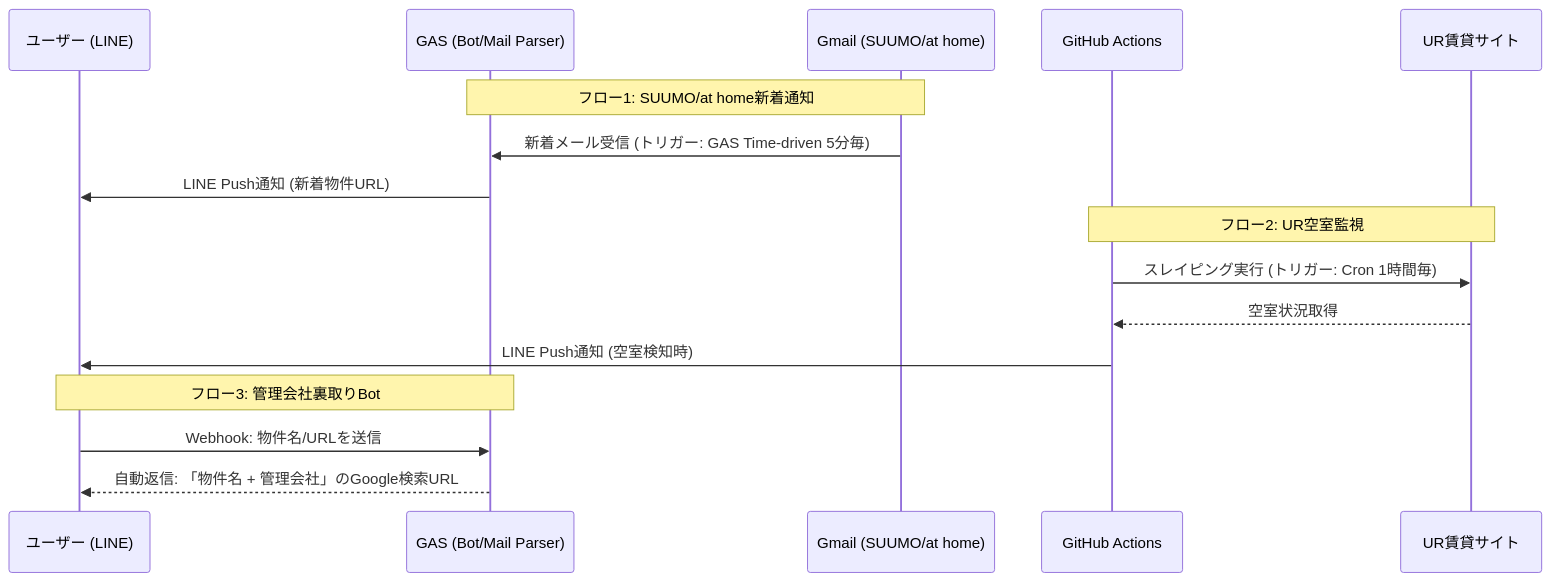
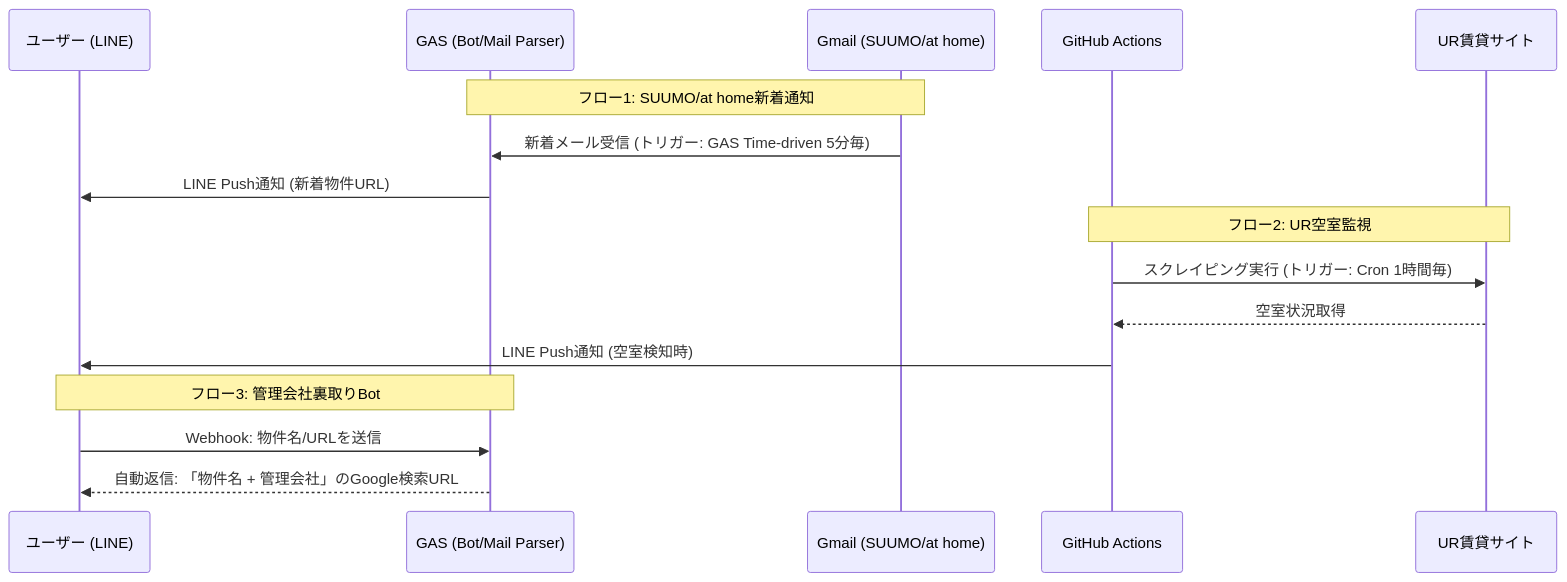
One commit to zyamm/my-estate-bot changed the diagram in README.md. Above: the diagram before and after it, drawn with Mermaid. The commit also changed other lines of this file, not shown here.

````diff
--- a/README.md
+++ b/README.md
@@ -26,24 +31,24 @@
 ```mermaid
 sequenceDiagram
     participant User as ユーザー (LINE)
     participant GAS as GAS (Bot/Mail Parser)
     participant Gmail as Gmail (SUUMO/at home)
     participant GitHub as GitHub Actions
     participant UR as UR賃貸サイト
 
     %% フロー1: 新着物件通知
     Note over GAS, Gmail: フロー1: SUUMO/at home新着通知
     Gmail->>GAS: 新着メール受信 (トリガー: GAS Time-driven 5分毎)
     GAS->>User: LINE Push通知 (新着物件URL)
 
     %% フロー2: UR賃貸監視
     Note over GitHub, UR: フロー2: UR空室監視
-    GitHub->>UR: スレイピング実行 (トリガー: Cron 1時間毎)
+    GitHub->>UR: スクレイピング実行 (トリガー: Cron 1時間毎)
     UR-->>GitHub: 空室状況取得
     GitHub->>User: LINE Push通知 (空室検知時)
 
     %% フロー3: 裏取り Bot
     Note over User, GAS: フロー3: 管理会社裏取りBot
     User->>GAS: Webhook: 物件名/URLを送信
     GAS-->>User: 自動返信: 「物件名 + 管理会社」のGoogle検索URL
 ```
````
